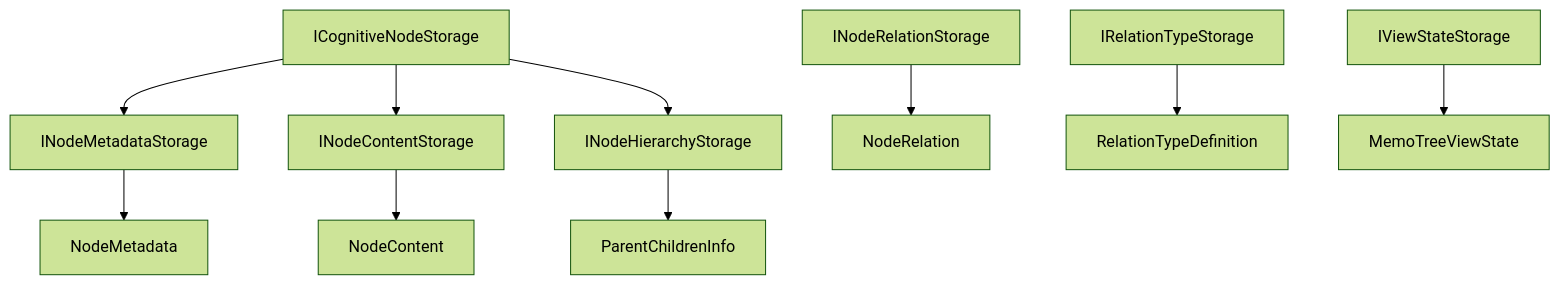
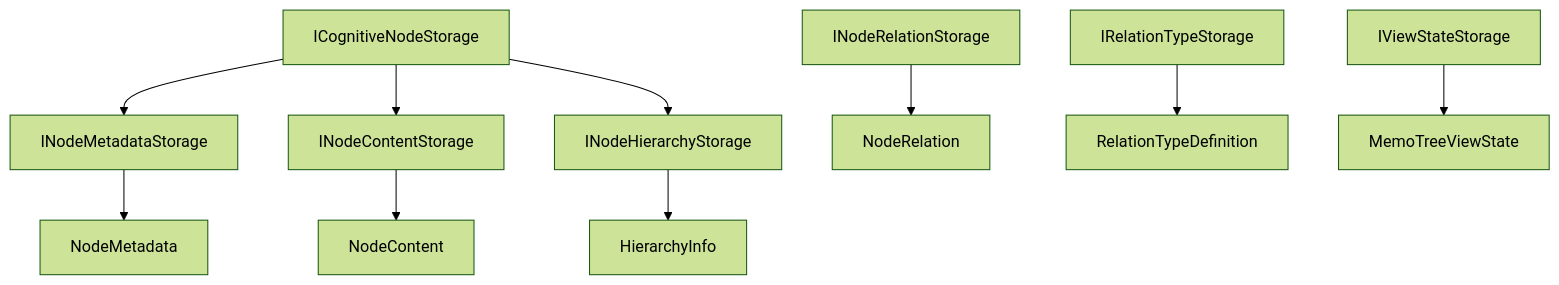
The diagram in docs/Phase2_StorageInterfaces.md (Atelia-org/atelia), drawn with Mermaid (forest theme) before and after one commit. The commit also changed other lines of this file and 32 other files, not shown here.

````diff
--- a/docs/Phase2_StorageInterfaces.md
+++ b/docs/Phase2_StorageInterfaces.md
@@ -327,14 +327,14 @@
 ```mermaid
 graph TD
     A[ICognitiveNodeStorage] --> B[INodeMetadataStorage]
     A --> C[INodeContentStorage]
     A --> D[INodeHierarchyStorage]
 
     E[INodeRelationStorage] --> F[NodeRelation]
     G[IRelationTypeStorage] --> H[RelationTypeDefinition]
     I[IViewStateStorage] --> J[MemoTreeViewState]
 
     B --> K[NodeMetadata]
     C --> L[NodeContent]
-    D --> M[ParentChildrenInfo]
+    D --> M[HierarchyInfo]
 ```
````
